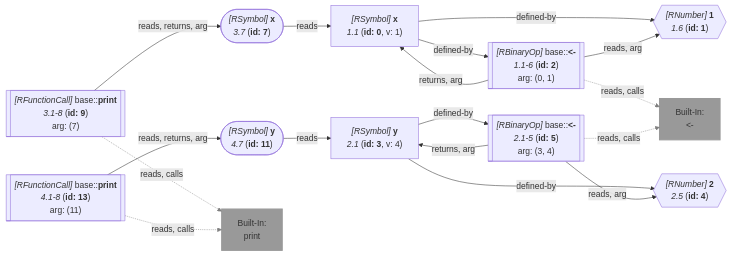
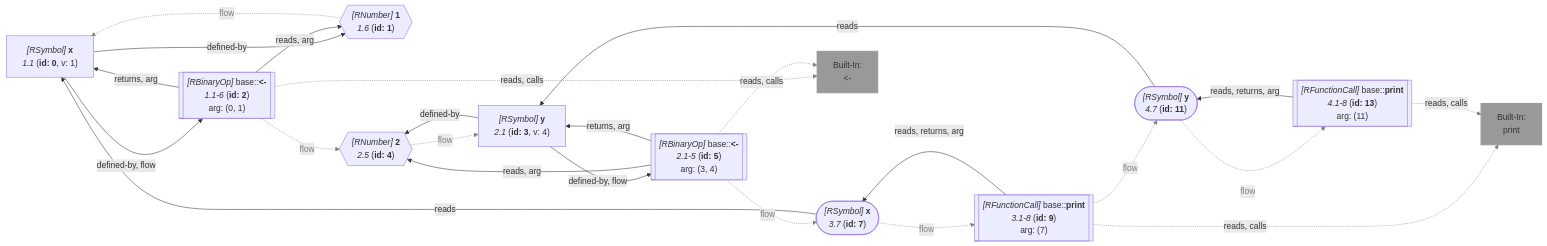
Before and after one commit to flowr-analysis/flowr: the diagram in wiki/[Query] Resolve Value.md, drawn with Mermaid. The commit also changed other lines of this file and 141 other files, not shown here.

````diff
--- a/wiki/[Query] Resolve Value.md
+++ b/wiki/[Query] Resolve Value.md
@@ -150,55 +150,67 @@
 ```mermaid
 flowchart LR
     1{{"`*#91;RNumber#93;* **1**
       *1.6* (**id: 1**)`"}}
-   %% No edges found for 1
     0["`*#91;RSymbol#93;* **x**
       *1.1* (**id: 0**, v: 1)`"]
     2[["`*#91;RBinaryOp#93;* base#58;#58;**#60;#45;**
       *1.1-6* (**id: 2**)
     arg: (0, 1)`"]]
     built-in:_-["`Built-In:
 #60;#45;`"]
     style built-in:_- stroke:gray,fill:gray,stroke-width:2px,opacity:.8;
     4{{"`*#91;RNumber#93;* **2**
       *2.5* (**id: 4**)`"}}
-   %% No edges found for 4
     3["`*#91;RSymbol#93;* **y**
       *2.1* (**id: 3**, v: 4)`"]
     5[["`*#91;RBinaryOp#93;* base#58;#58;**#60;#45;**
       *2.1-5* (**id: 5**)
     arg: (3, 4)`"]]
     7(["`*#91;RSymbol#93;* **x**
       *3.7* (**id: 7**)`"])
     9[["`*#91;RFunctionCall#93;* base#58;#58;**print**
       *3.1-8* (**id: 9**)
     arg: (7)`"]]
     built-in:print["`Built-In:
 print`"]
     style built-in:print stroke:gray,fill:gray,stroke-width:2px,opacity:.8;
     11(["`*#91;RSymbol#93;* **y**
       *4.7* (**id: 11**)`"])
     13[["`*#91;RFunctionCall#93;* base#58;#58;**print**
       *4.1-8* (**id: 13**)
     arg: (11)`"]]
+    1 -.->|"flow"| 0
+    linkStyle 0 stroke:gray,color:gray;
+    0 -->|"defined-by, flow"| 2
     0 -->|"defined-by"| 1
-    0 -->|"defined-by"| 2
     2 -->|"reads, arg"| 1
     2 -->|"returns, arg"| 0
     2 -.->|"reads, calls"| built-in:_-
-    linkStyle 4 stroke:gray;
+    linkStyle 5 stroke:gray;
+    2 -.->|"flow"| 4
+    linkStyle 6 stroke:gray,color:gray;
+    4 -.->|"flow"| 3
+    linkStyle 7 stroke:gray,color:gray;
+    3 -->|"defined-by, flow"| 5
     3 -->|"defined-by"| 4
-    3 -->|"defined-by"| 5
     5 -->|"reads, arg"| 4
     5 -->|"returns, arg"| 3
     5 -.->|"reads, calls"| built-in:_-
-    linkStyle 9 stroke:gray;
+    linkStyle 12 stroke:gray;
+    5 -.->|"flow"| 7
+    linkStyle 13 stroke:gray,color:gray;
     7 -->|"reads"| 0
+    7 -.->|"flow"| 9
+    linkStyle 15 stroke:gray,color:gray;
     9 -->|"reads, returns, arg"| 7
     9 -.->|"reads, calls"| built-in:print
-    linkStyle 12 stroke:gray;
+    linkStyle 17 stroke:gray;
+    9 -.->|"flow"| 11
+    linkStyle 18 stroke:gray,color:gray;
     11 -->|"reads"| 3
+    11 -.->|"flow"| 13
+    linkStyle 20 stroke:gray,color:gray;
     13 -->|"reads, returns, arg"| 11
     13 -.->|"reads, calls"| built-in:print
-    linkStyle 15 stroke:gray;
+    linkStyle 22 stroke:gray;
 ```
````
